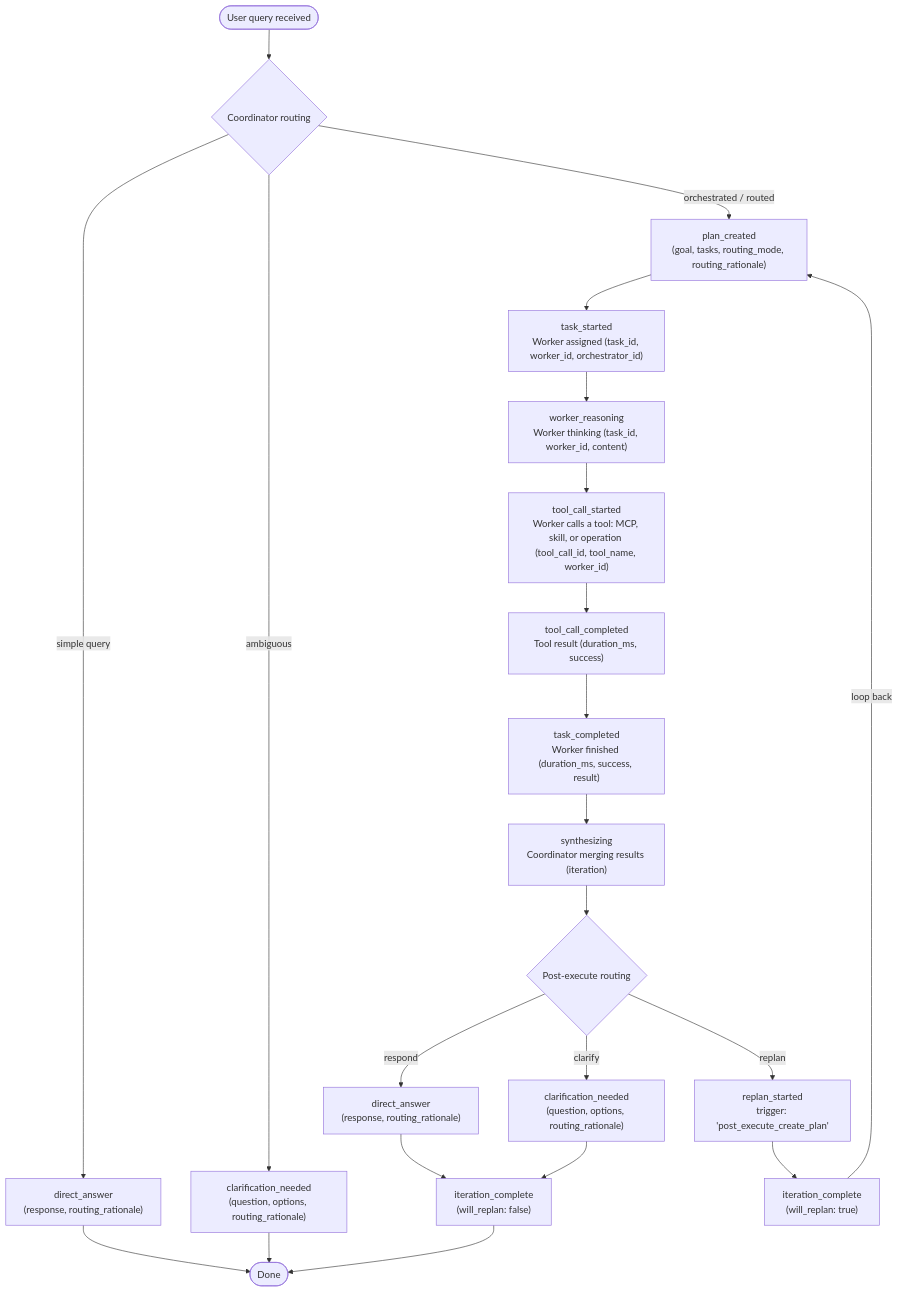
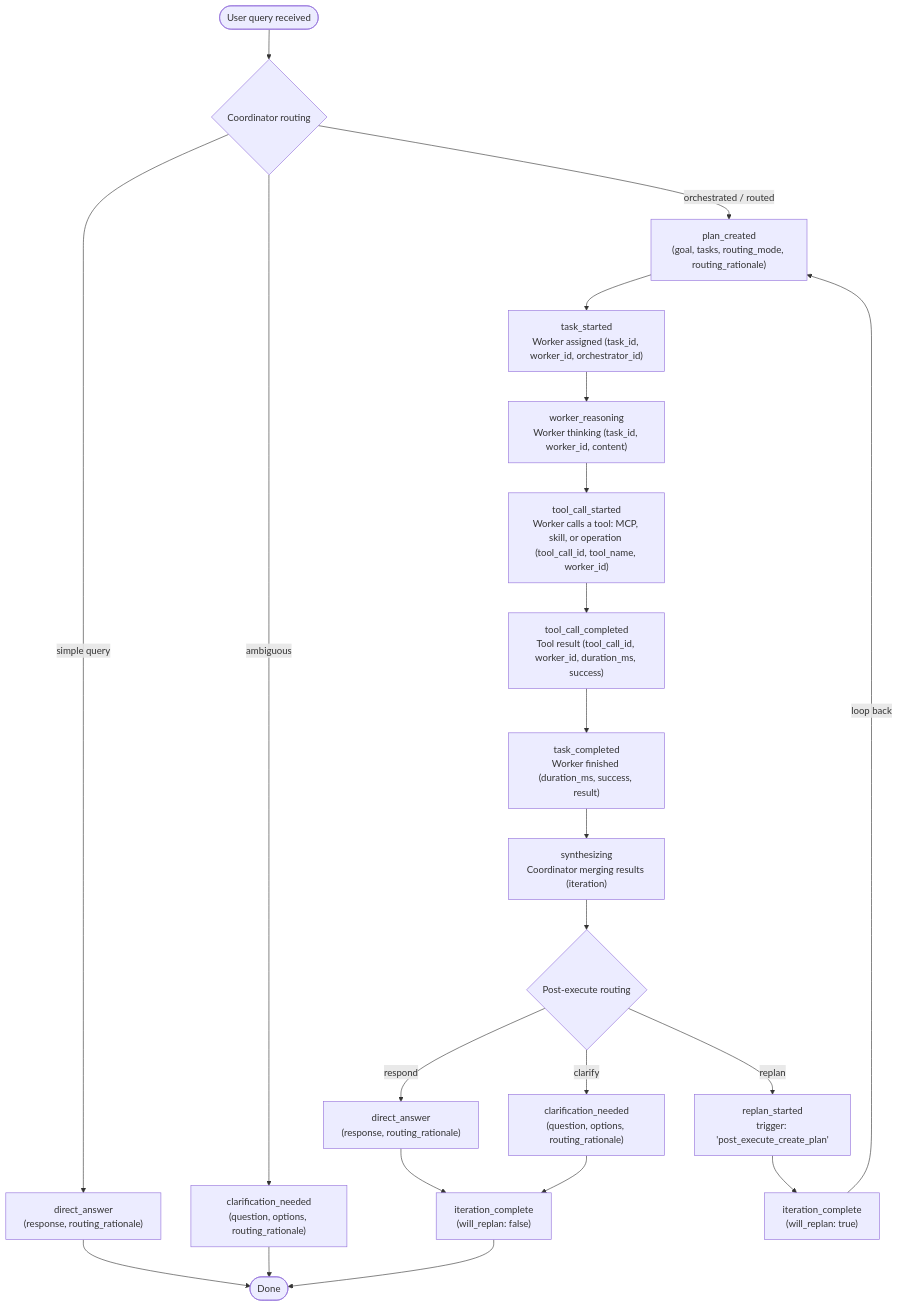
The third of 4 diagrams in aura/streaming-api-guide.mdx (jronaldi0509/documentation), drawn with Mermaid before and after one commit. The commit also changed other lines of this file and 4 other files, not shown here.

````diff
--- a/aura/streaming-api-guide.mdx
+++ b/aura/streaming-api-guide.mdx
@@ -533,30 +533,30 @@
 ```mermaid
 flowchart TD
     A([User query received]) --> R{Coordinator routing}
 
     R -->|orchestrated / routed| B["plan_created<br/>(goal, tasks, routing_mode, routing_rationale)"]
     R -->|simple query| DA["direct_answer<br/>(response, routing_rationale)"]
     R -->|ambiguous| CL["clarification_needed<br/>(question, options, routing_rationale)"]
 
     DA --> Z([Done])
     CL --> Z
 
     B --> C["task_started<br/>Worker assigned (task_id, worker_id, orchestrator_id)"]
     C --> D["worker_reasoning<br/>Worker thinking (task_id, worker_id, content)"]
     D --> E["tool_call_started<br/>Worker calls a tool: MCP, skill, or operation (tool_call_id, tool_name, worker_id)"]
-    E --> F["tool_call_completed<br/>Tool result (duration_ms, success)"]
+    E --> F["tool_call_completed<br/>Tool result (tool_call_id, worker_id, duration_ms, success)"]
     F --> G["task_completed<br/>Worker finished (duration_ms, success, result)"]
     G --> H["synthesizing<br/>Coordinator merging results (iteration)"]
 
     H --> PE{Post-execute routing}
     PE -->|respond| DA2["direct_answer<br/>(response, routing_rationale)"]
     PE -->|clarify| CL2["clarification_needed<br/>(question, options, routing_rationale)"]
     PE -->|replan| J["replan_started<br/>trigger: 'post_execute_create_plan'"]
 
     DA2 --> I["iteration_complete<br/>(will_replan: false)"]
     CL2 --> I
     J --> I2["iteration_complete<br/>(will_replan: true)"]
     I2 -->|loop back| B
 
     I --> Z
 ```
````
